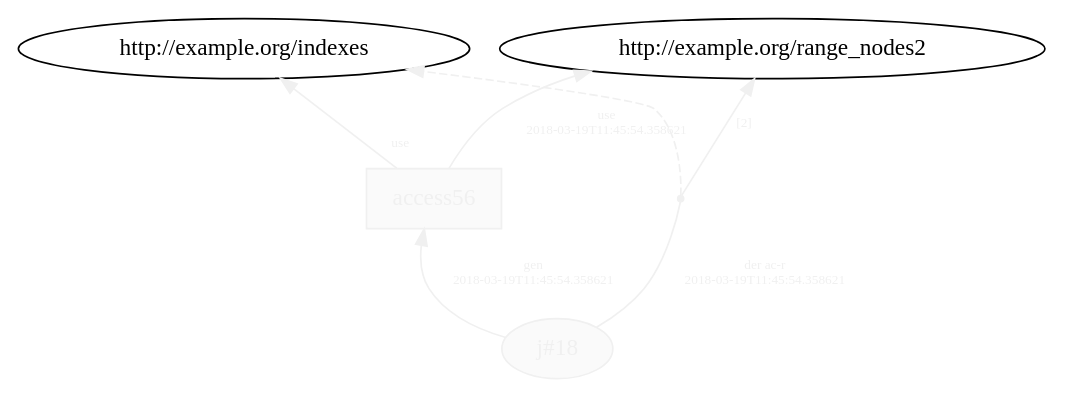
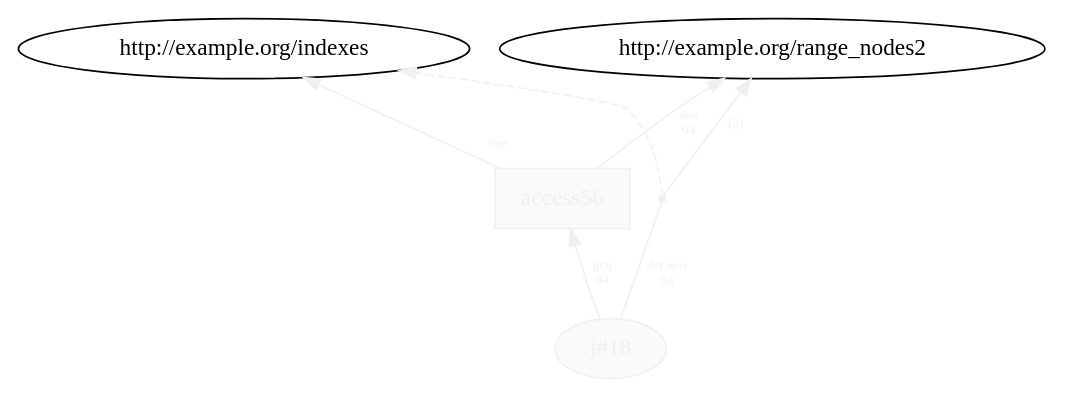
Before and after one commit to dew-uff/versioned-prov: the diagram in generated/versioned_prov/temp/L17__loop_access_18.dot, drawn with Graphviz. The commit also changed 1178 other files, not shown here.

```diff
--- a/generated/versioned_prov/temp/L17__loop_access_18.dot
+++ b/generated/versioned_prov/temp/L17__loop_access_18.dot
@@ -1,14 +1,14 @@
 digraph "PROV" { size="16,12"; rankdir="BT";
 "http://example.org/j#18" [fillcolor="#FAFAFA",color="#F0F0F0",style="filled",fontcolor="#F0F0F0",label="j#18",URL="http://example.org/j#18"]
 "http://example.org/access56" [fillcolor="#FAFAFA",color="#F0F0F0",shape="polygon",sides="4",style="filled",fontcolor="#F0F0F0",label="access56",URL="http://example.org/access56"]
 "bn0" [shape="point",label="",fontcolor="#F0F0F0",color="#F0F0F0"]
 "http://example.org/j#18" -> "bn0" [fontsize="8",distance="1.5",angle="60.0",rotation="20",label="der ac-r
-2018-03-19T11:45:54.358621",arrowhead="none",fontcolor="#F0F0F0",color="#F0F0F0"]
+94",arrowhead="none",fontcolor="#F0F0F0",color="#F0F0F0"]
 "bn0" -> "http://example.org/indexes" [style="dashed",fontcolor="#F0F0F0",color="#F0F0F0"]
 "bn0" -> "http://example.org/range_nodes2" [fontsize="8",distance="1.5",angle="60.0",rotation="20",label="[2]",fontcolor="#F0F0F0",color="#F0F0F0"]
 "http://example.org/access56" -> "http://example.org/indexes" [labelfontsize="8",labeldistance="1.5",labelangle="60.0",rotation="20",taillabel="use",fontcolor="#F0F0F0",color="#F0F0F0"]
 "http://example.org/access56" -> "http://example.org/range_nodes2" [fontsize="8",distance="1.5",angle="60.0",rotation="20",label="use
-2018-03-19T11:45:54.358621",fontcolor="#F0F0F0",color="#F0F0F0"]
+94",fontcolor="#F0F0F0",color="#F0F0F0"]
 "http://example.org/j#18" -> "http://example.org/access56" [fontsize="8",distance="1.5",angle="60.0",rotation="20",label="gen
-2018-03-19T11:45:54.358621",fontcolor="#F0F0F0",color="#F0F0F0"]
+94",fontcolor="#F0F0F0",color="#F0F0F0"]
 }
```
